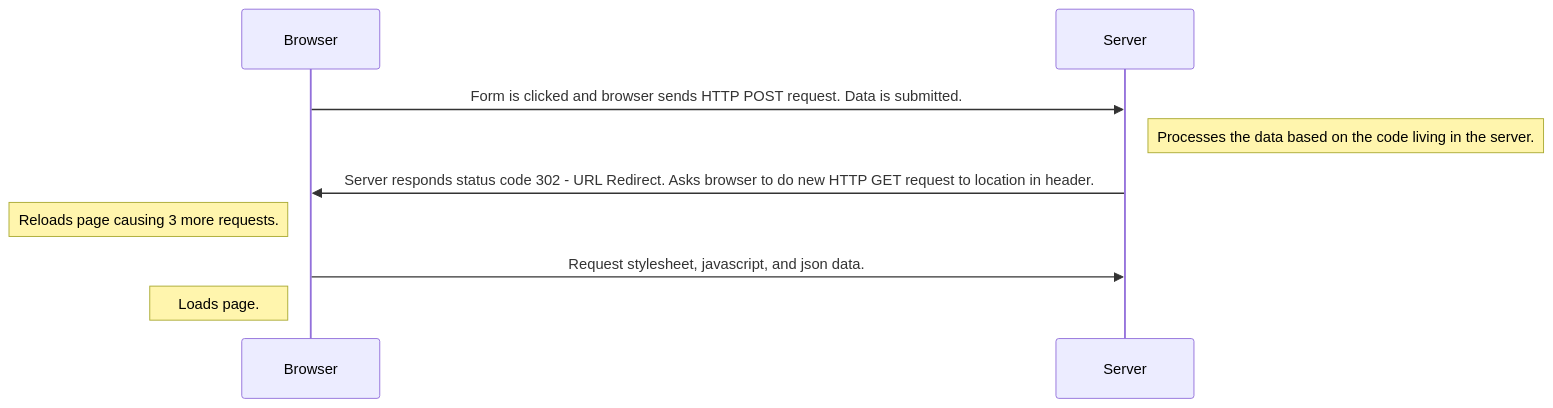
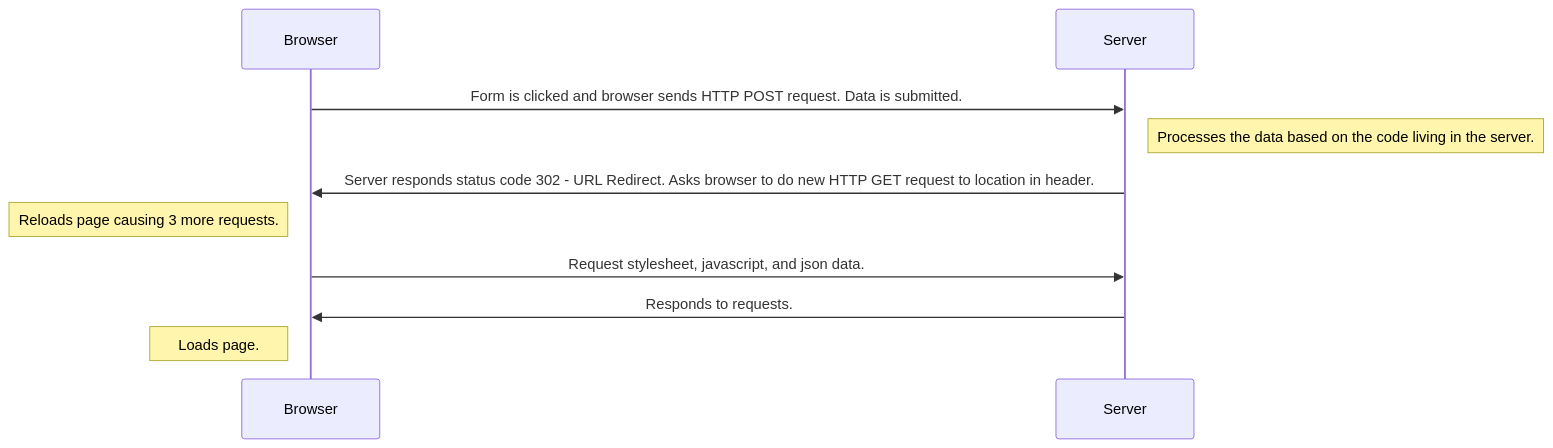
Before and after one commit to tdrw27/fullstackopen-exercises: the diagram in part0/exercise-04.md, drawn with Mermaid.

````diff
--- a/part0/exercise-04.md
+++ b/part0/exercise-04.md
@@ -2,9 +2,10 @@
 ```mermaid
 sequenceDiagram
 Browser->>Server: Form is clicked and browser sends HTTP POST request. Data is submitted.
 Note right of Server: Processes the data based on the code living in the server.
 Server->>Browser: Server responds status code 302 - URL Redirect. Asks browser to do new HTTP GET request to location in header.
 Note left of Browser: Reloads page causing 3 more requests.
 Browser->>Server: Request stylesheet, javascript, and json data.
+Server->>Browser: Responds to requests.
 Note left of Browser: Loads page.
 ```
````
